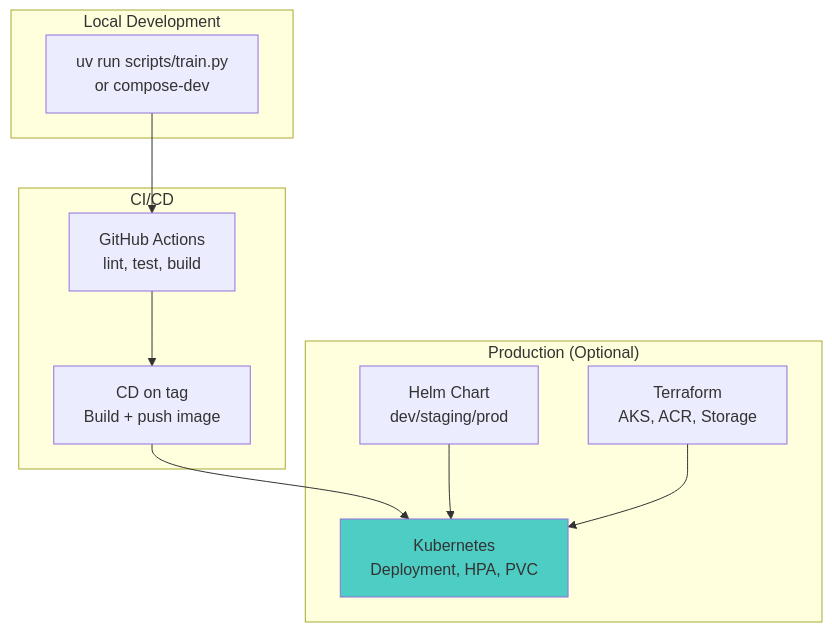
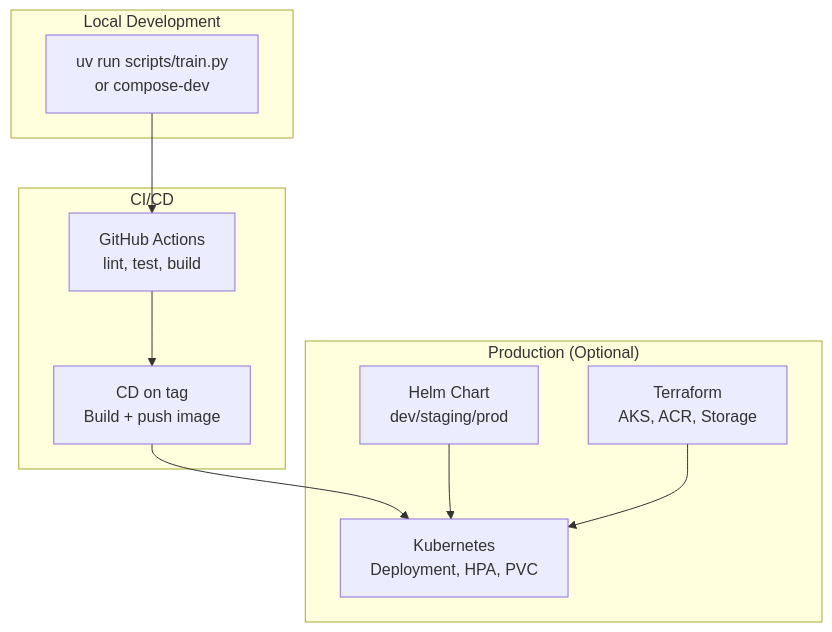
Before and after one commit to Skumarr53/BoschAssignment: the fifth of 5 diagrams in docs/architecture.md, drawn with Mermaid. The commit also changed other lines of this file and 15 other files, not shown here.

````diff
--- a/docs/architecture.md
+++ b/docs/architecture.md
@@ -174,25 +224,23 @@
 ```mermaid
 graph TB
     subgraph "Local Development"
         Dev[uv run scripts/train.py<br/>or compose-dev]
     end
 
     subgraph "CI/CD"
         CI[GitHub Actions<br/>lint, test, build]
         CD[CD on tag<br/>Build + push image]
     end
 
     subgraph "Production (Optional)"
         K8s[Kubernetes<br/>Deployment, HPA, PVC]
         Helm[Helm Chart<br/>dev/staging/prod]
         TF[Terraform<br/>AKS, ACR, Storage]
     end
 
     Dev --> CI
     CI --> CD
     CD --> K8s
     Helm --> K8s
     TF --> K8s
-
-    style K8s fill:#4ecdc4
 ```
````
